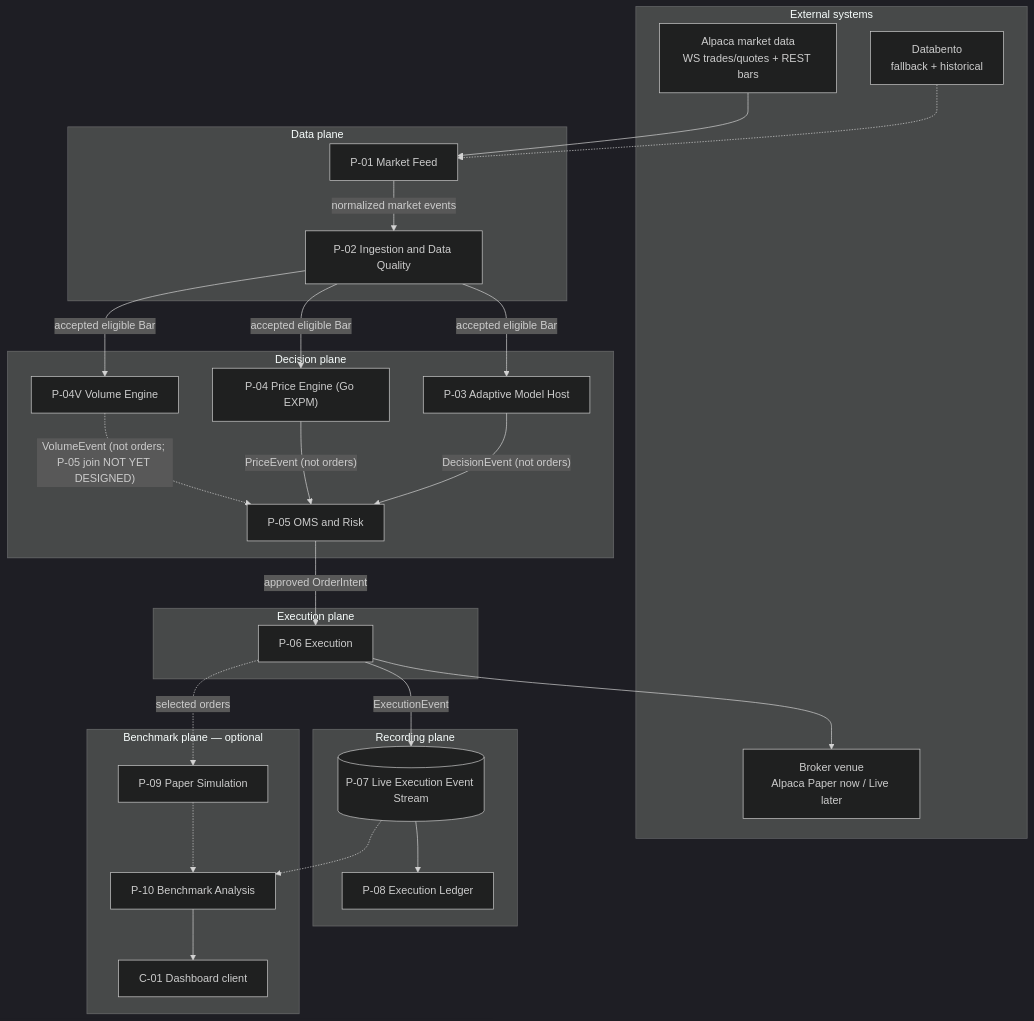
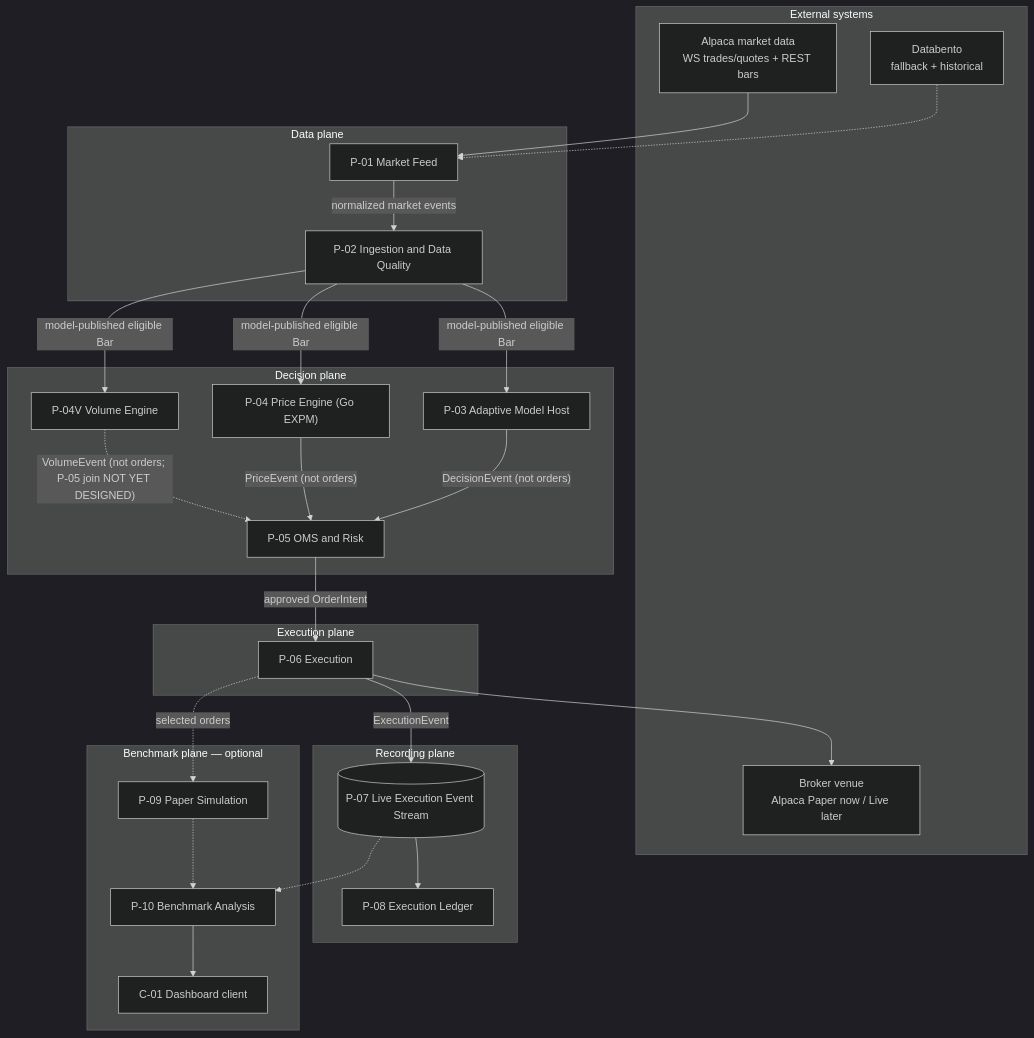
Before and after one commit to srao977/QuanTRAM: the first of 2 diagrams in docs/design/QuanTRAM_PROCESS_MODEL_V2_090626.md, drawn with Mermaid (dark theme). The commit also changed other lines of this file, not shown here.

Commit message:
Update QuanTRAM process model V2

````diff
--- a/docs/design/QuanTRAM_PROCESS_MODEL_V2_090626.md
+++ b/docs/design/QuanTRAM_PROCESS_MODEL_V2_090626.md
@@ -103,53 +122,53 @@
 ```mermaid
 flowchart TD
     subgraph EXT["External systems"]
         ALP["Alpaca market data<br/>WS trades/quotes + REST bars"]
         DB["Databento<br/>fallback + historical"]
         BROKER["Broker venue<br/>Alpaca Paper now / Live later"]
     end
 
     subgraph DATA["Data plane"]
         P01["P-01 Market Feed"]
         P02["P-02 Ingestion and Data Quality"]
     end
 
     subgraph DECISION["Decision plane"]
         P03["P-03 Adaptive Model Host"]
         P04["P-04 Price Engine (Go EXPM)"]
         P04V["P-04V Volume Engine"]
         P05["P-05 OMS and Risk"]
     end
 
     subgraph EXEC["Execution plane"]
         P06["P-06 Execution"]
     end
 
     subgraph RECORD["Recording plane"]
         P07[("P-07 Live Execution Event Stream")]
         P08["P-08 Execution Ledger"]
     end
 
     subgraph BENCH["Benchmark plane — optional"]
         P09["P-09 Paper Simulation"]
         P10["P-10 Benchmark Analysis"]
         C01["C-01 Dashboard client"]
     end
 
     ALP --> P01
     DB -.-> P01
     P01 -->|"normalized market events"| P02
-    P02 -->|"accepted eligible Bar"| P03
-    P02 -->|"accepted eligible Bar"| P04
-    P02 -->|"accepted eligible Bar"| P04V
+    P02 -->|"model-published eligible Bar"| P03
+    P02 -->|"model-published eligible Bar"| P04
+    P02 -->|"model-published eligible Bar"| P04V
     P03 -->|"DecisionEvent (not orders)"| P05
     P04 -->|"PriceEvent (not orders)"| P05
     P04V -.->|"VolumeEvent (not orders; P-05 join NOT YET DESIGNED)"| P05
     P05 -->|"approved OrderIntent"| P06
     P06 --> BROKER
     P06 -->|"ExecutionEvent"| P07
     P07 --> P08
     P06 -.->|"selected orders"| P09
     P07 -.-> P10
     P09 -.-> P10
     P10 --> C01
 ```
````
